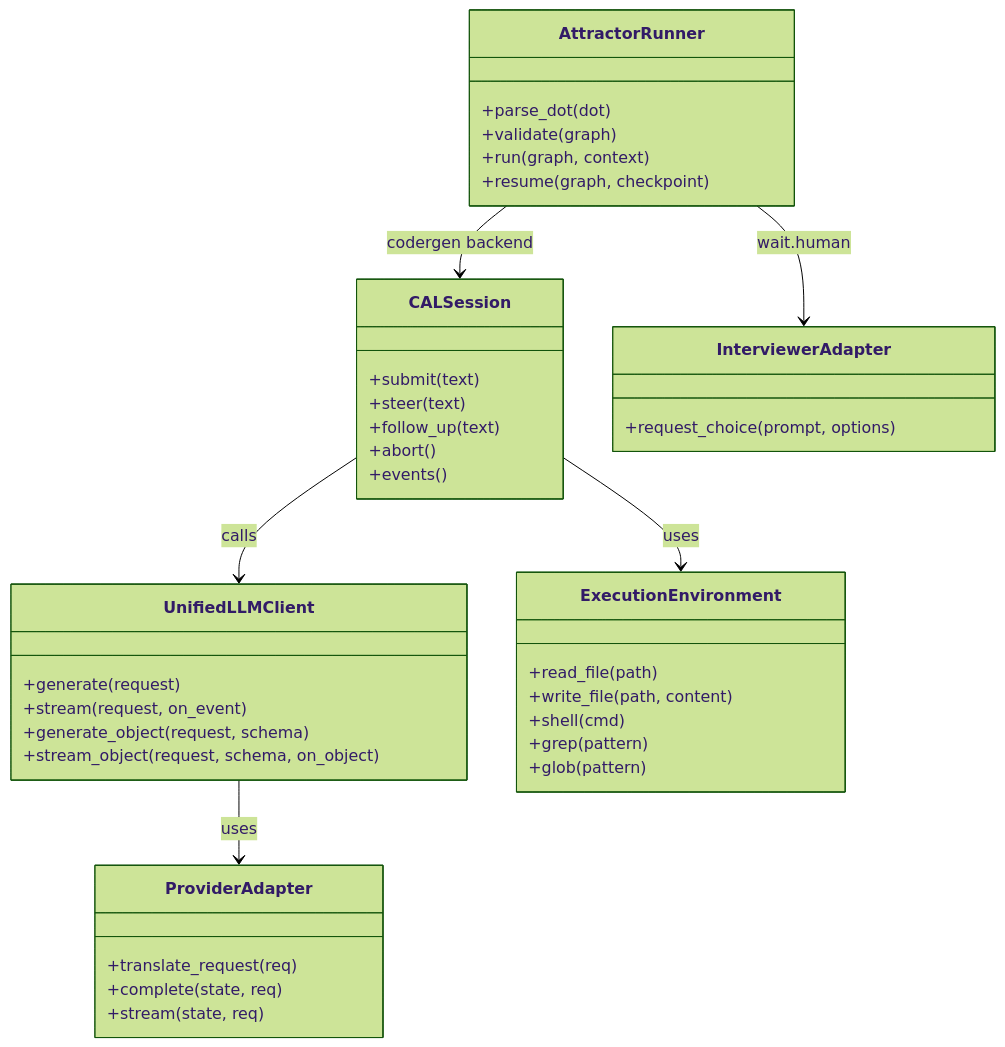
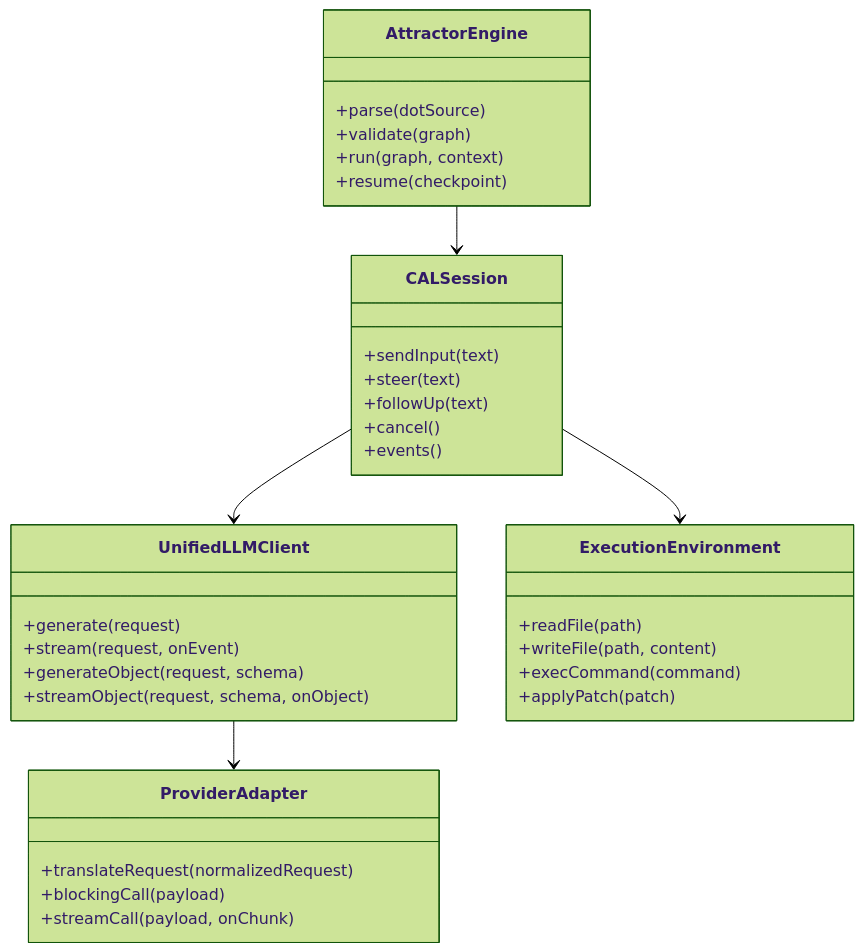
Before and after one commit to jaytaylor/attractor-tcl: the first of 5 diagrams in docs/sprints/SPRINT-003-implementation-plan.md, drawn with Mermaid (forest theme). The commit also changed other lines of this file, not shown here.

````diff
--- a/docs/sprints/SPRINT-003-implementation-plan.md
+++ b/docs/sprints/SPRINT-003-implementation-plan.md
@@ -739,48 +901,42 @@
 ```mermaid
 classDiagram
   class UnifiedLLMClient {
     +generate(request)
-    +stream(request, on_event)
-    +generate_object(request, schema)
-    +stream_object(request, schema, on_object)
+    +stream(request, onEvent)
+    +generateObject(request, schema)
+    +streamObject(request, schema, onObject)
   }
 
   class ProviderAdapter {
-    +translate_request(req)
-    +complete(state, req)
-    +stream(state, req)
+    +translateRequest(normalizedRequest)
+    +blockingCall(payload)
+    +streamCall(payload, onChunk)
   }
 
   class CALSession {
-    +submit(text)
+    +sendInput(text)
     +steer(text)
-    +follow_up(text)
-    +abort()
+    +followUp(text)
+    +cancel()
     +events()
   }
 
   class ExecutionEnvironment {
-    +read_file(path)
-    +write_file(path, content)
-    +shell(cmd)
-    +grep(pattern)
-    +glob(pattern)
+    +readFile(path)
+    +writeFile(path, content)
+    +execCommand(command)
+    +applyPatch(patch)
   }
 
-  class AttractorRunner {
-    +parse_dot(dot)
+  class AttractorEngine {
+    +parse(dotSource)
     +validate(graph)
     +run(graph, context)
-    +resume(graph, checkpoint)
+    +resume(checkpoint)
   }
 
-  class InterviewerAdapter {
-    +request_choice(prompt, options)
-  }
-
-  UnifiedLLMClient --> ProviderAdapter : uses
-  CALSession --> UnifiedLLMClient : calls
-  CALSession --> ExecutionEnvironment : uses
-  AttractorRunner --> CALSession : codergen backend
-  AttractorRunner --> InterviewerAdapter : wait.human
+  UnifiedLLMClient --> ProviderAdapter
+  CALSession --> UnifiedLLMClient
+  CALSession --> ExecutionEnvironment
+  AttractorEngine --> CALSession
 ```
````
